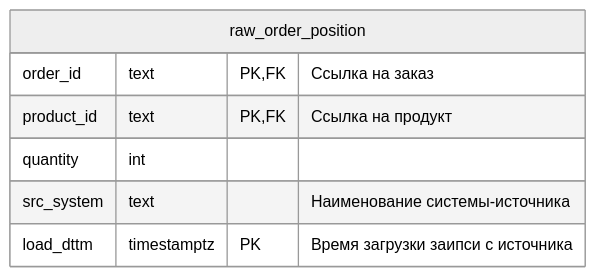
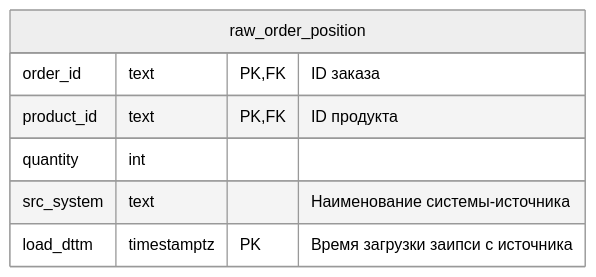
Diagram 11 of 12 in docs/db_schema/Сырые данные.md (vgorbikov/dq-practice), drawn with Mermaid (neutral theme) before and after one commit. The commit also changed other lines of this file and 2 other files, not shown here.

Commit message:
fix db schema

````diff
--- a/docs/db_schema/Сырые данные.md
+++ b/docs/db_schema/Сырые данные.md
@@ -187,12 +186,12 @@
 ```mermaid
 erDiagram
 
 raw_order_position {
-    order_id text PK,FK "Ссылка на заказ"
-    product_id text PK,FK "Ссылка на продукт"
+    order_id text PK,FK "ID заказа"
+    product_id text PK,FK "ID продукта"
     quantity int
     src_system text "Наименование системы-источника"
     load_dttm timestamptz PK "Время загрузки заипси с источника"
 }
 
 ```
````
